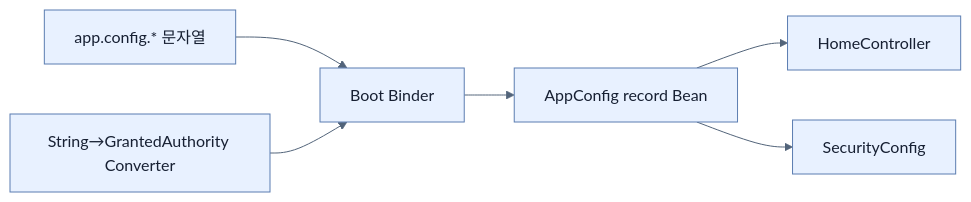
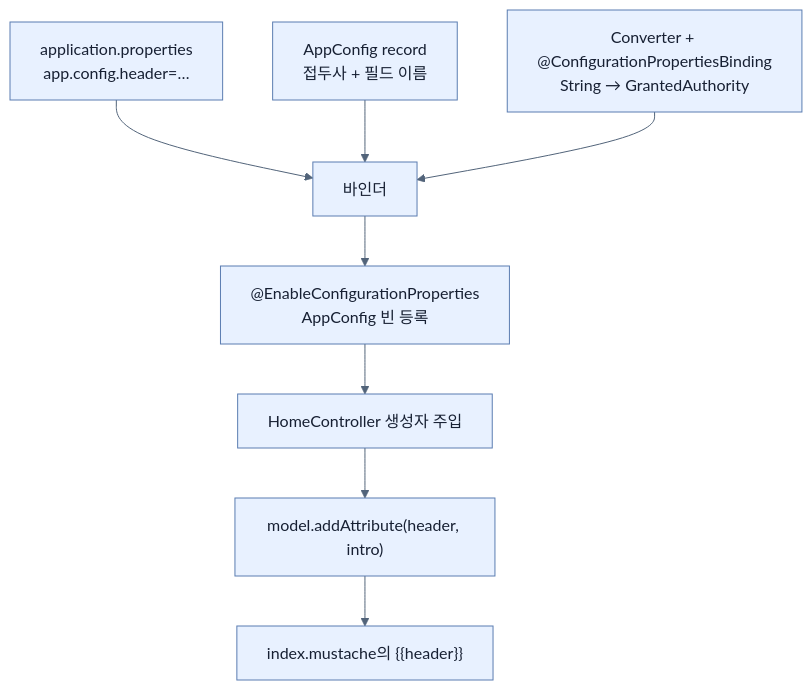
One commit to sing-u8/Learning_Spring_Boot_4 changed the second of 2 diagrams in spring-boot-4-pdf-notes/part-3-releasing-an-application-with-spring-boot/chapter-6-configuring-an-application-with-spring-boot/01-creating-custom-properties.md. Above: the diagram before and after it, drawn with Mermaid. The commit also changed other lines of this file and 253 other files, not shown here.

````diff
--- a/spring-boot-4-pdf-notes/part-3-releasing-an-application-with-spring-boot/chapter-6-configuring-an-application-with-spring-boot/01-creating-custom-properties.md
+++ b/spring-boot-4-pdf-notes/part-3-releasing-an-application-with-spring-boot/chapter-6-configuring-an-application-with-spring-boot/01-creating-custom-properties.md
@@ -28,9 +271,11 @@
 ```mermaid
 %%{init: {'theme': 'base', 'themeVariables': {'background': '#ffffff', 'primaryColor': '#e8f1ff', 'primaryTextColor': '#172033', 'primaryBorderColor': '#5b7db1', 'lineColor': '#52647a', 'secondaryColor': '#f7fbff', 'tertiaryColor': '#fff7df'}}}%%
-flowchart LR
-    P[app.config.* 문자열] --> B[Boot Binder]
-    C[String→GrantedAuthority Converter] --> B
-    B --> A[AppConfig record Bean]
-    A --> H[HomeController]
-    A --> S[SecurityConfig]
+flowchart TD
+    P["application.properties<br/>app.config.header=…"] --> B["바인더"]
+    R["AppConfig record<br/>접두사 + 필드 이름"] --> B
+    C["Converter + @ConfigurationPropertiesBinding<br/>String → GrantedAuthority"] --> B
+    B --> E["@EnableConfigurationProperties<br/>AppConfig 빈 등록"]
+    E --> H["HomeController 생성자 주입"]
+    H --> M["model.addAttribute(header, intro)"]
+    M --> T["index.mustache의 {{header}}"]
 ```
````
